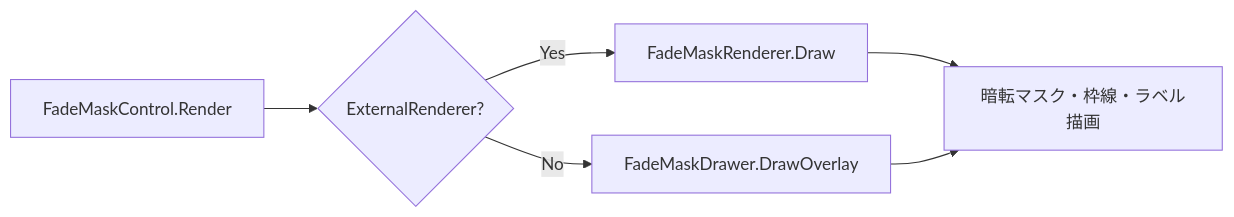
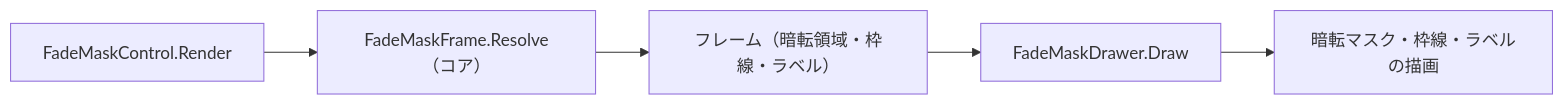
Before and after one commit to tomokuni/SaveEvidence: the second of 2 diagrams in src/FadeMaskControl.AvaloniaUI/SPEC_System.md, drawn with Mermaid. The commit also changed other lines of this file and 63 other files, not shown here.

First line of the commit message:
FadeMaskControlの描画契約を整理

````diff
--- a/src/FadeMaskControl.AvaloniaUI/SPEC_System.md
+++ b/src/FadeMaskControl.AvaloniaUI/SPEC_System.md
@@ -141,8 +160,7 @@
 ```mermaid
 flowchart LR
-    A[FadeMaskControl.Render] --> B{ExternalRenderer?}
-    B -->|Yes| C[FadeMaskRenderer.Draw]
-    B -->|No| D[FadeMaskDrawer.DrawOverlay]
-    C --> E[暗転マスク・枠線・ラベル描画]
-    D --> E
+    A["FadeMaskControl.Render"] --> B["FadeMaskFrame.Resolve（コア）"]
+    B --> C["フレーム（暗転領域・枠線・ラベル）"]
+    C --> D["FadeMaskDrawer.Draw"]
+    D --> E["暗転マスク・枠線・ラベルの描画"]
 ```
````
